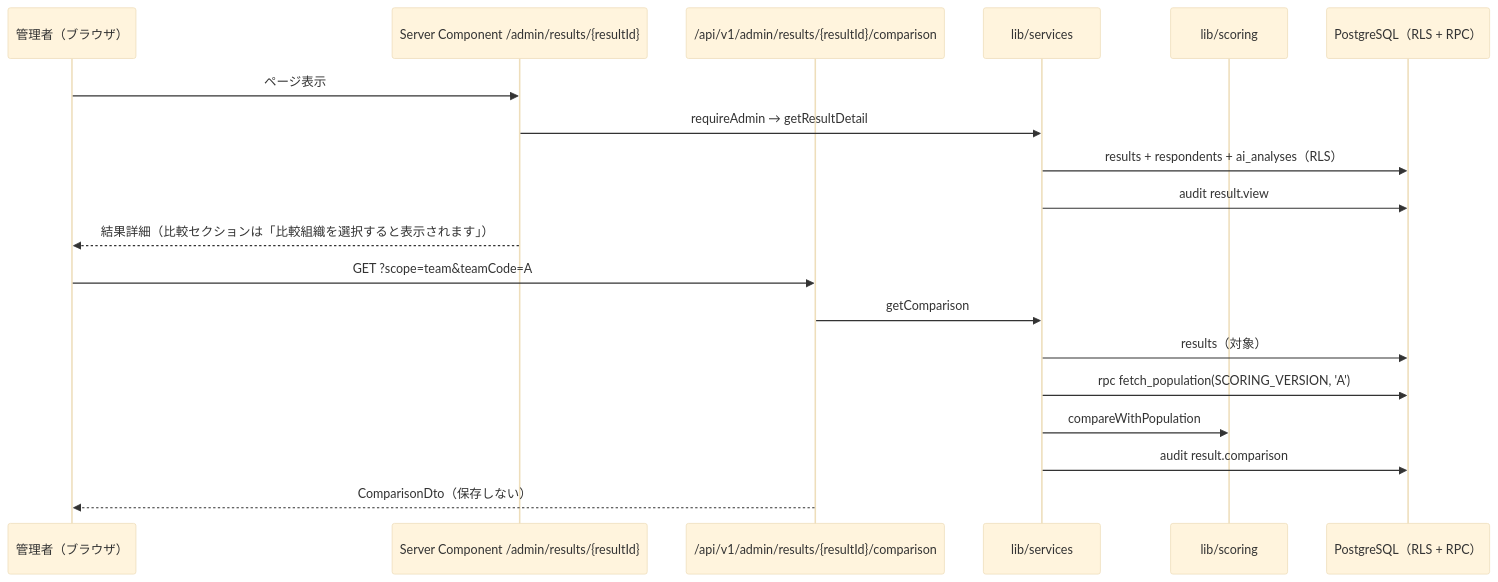
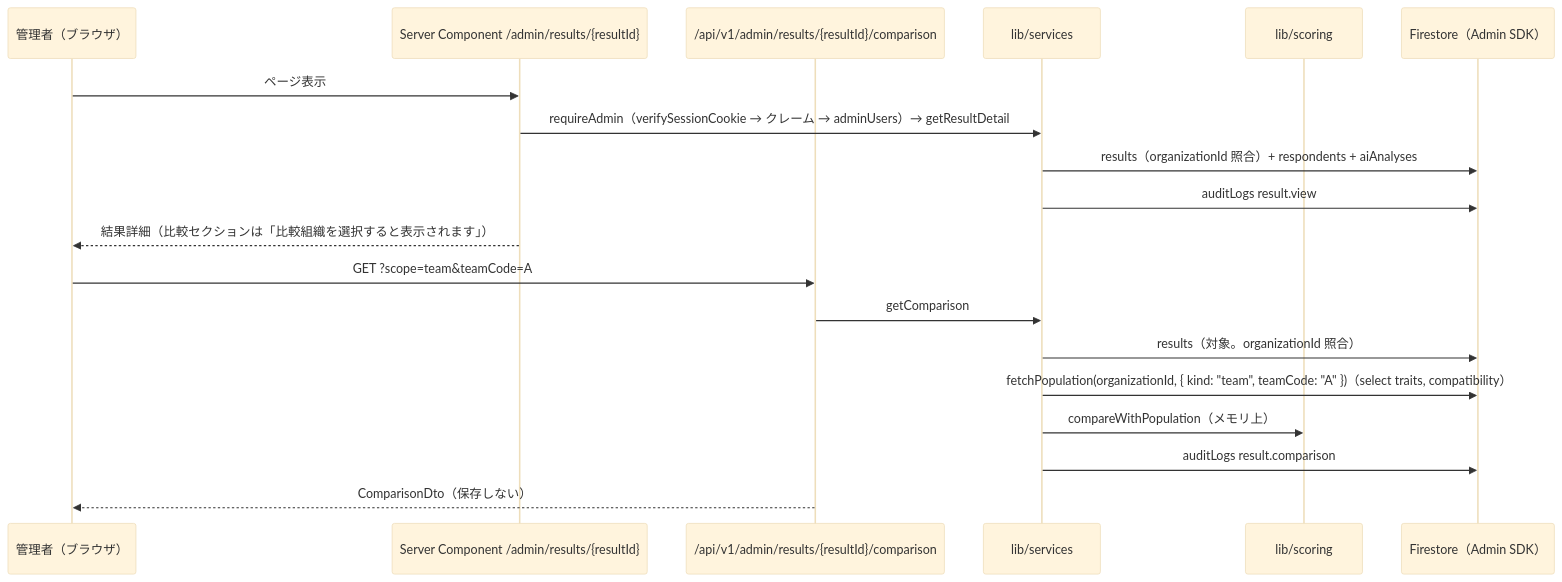
Before and after one commit to tanukichiyamaguchi/Tekisei-Kensa: the fifth of 7 diagrams in docs/基本設計/04_API設計.md, drawn with Mermaid (base theme). The commit also changed other lines of this file, not shown here.

````diff
--- a/docs/基本設計/04_API設計.md
+++ b/docs/基本設計/04_API設計.md
@@ -2490,21 +2621,21 @@
 ```mermaid
 sequenceDiagram
     participant A as 管理者（ブラウザ）
     participant SC as Server Component /admin/results/{resultId}
     participant API as /api/v1/admin/results/{resultId}/comparison
     participant S as lib/services
     participant SCO as lib/scoring
-    participant DB as PostgreSQL（RLS + RPC）
+    participant DB as Firestore（Admin SDK）
     A->>SC: ページ表示
-    SC->>S: requireAdmin → getResultDetail
-    S->>DB: results + respondents + ai_analyses（RLS）
-    S->>DB: audit result.view
+    SC->>S: requireAdmin（verifySessionCookie → クレーム → adminUsers）→ getResultDetail
+    S->>DB: results（organizationId 照合）+ respondents + aiAnalyses
+    S->>DB: auditLogs result.view
     SC-->>A: 結果詳細（比較セクションは「比較組織を選択すると表示されます」）
     A->>API: GET ?scope=team&teamCode=A
     API->>S: getComparison
-    S->>DB: results（対象）
-    S->>DB: rpc fetch_population(SCORING_VERSION, 'A')
-    S->>SCO: compareWithPopulation
-    S->>DB: audit result.comparison
+    S->>DB: results（対象。organizationId 照合）
+    S->>DB: fetchPopulation(organizationId, { kind: "team", teamCode: "A" })（select traits, compatibility）
+    S->>SCO: compareWithPopulation（メモリ上）
+    S->>DB: auditLogs result.comparison
     API-->>A: ComparisonDto（保存しない）
 ```
````
